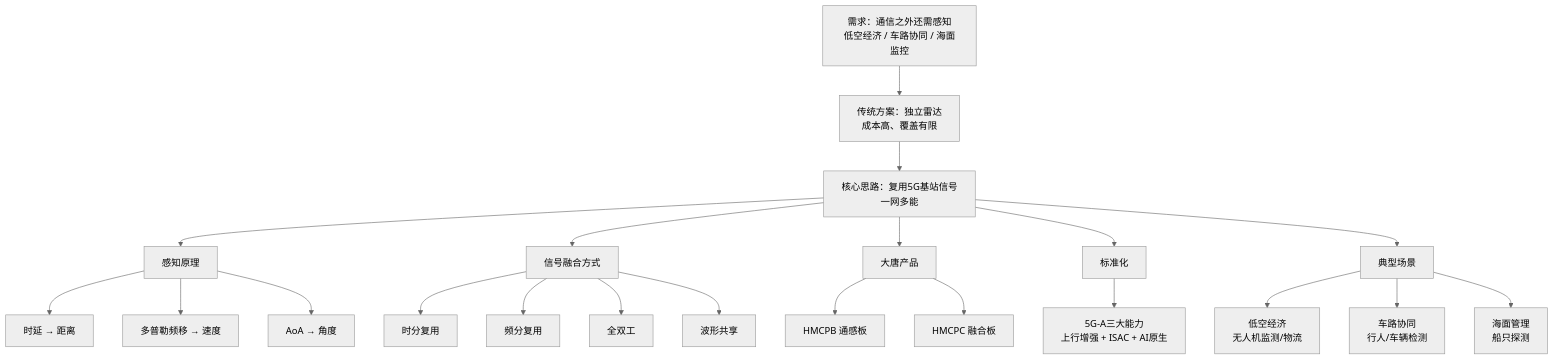
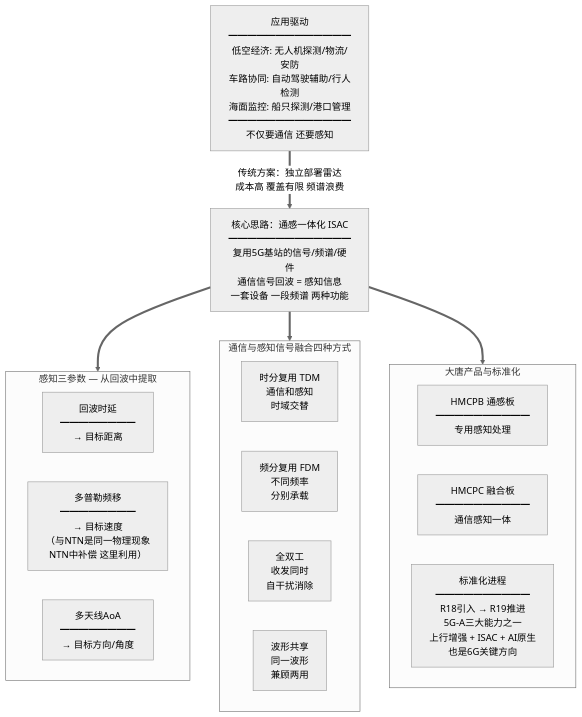
One commit to luckywangyi/dtcup-2026-prep changed the fourth of 6 diagrams in 课程笔记/00-逻辑导图与记忆手册.md. Above: the diagram before and after it, drawn with Mermaid (neutral theme). The commit also changed other lines of this file and 40 other files, not shown here.

````diff
--- a/课程笔记/00-逻辑导图与记忆手册.md
+++ b/课程笔记/00-逻辑导图与记忆手册.md
@@ -245,43 +268,34 @@
 ```mermaid
-graph TD
-  motivation["需求：通信之外还需感知<br/>低空经济 / 车路协同 / 海面监控"]
-  problem["传统方案：独立雷达<br/>成本高、覆盖有限"]
-  idea["核心思路：复用5G基站信号<br/>一网多能"]
-  principle["感知原理"]
-  dist["时延 → 距离"]
-  speed["多普勒频移 → 速度"]
-  angle["AoA → 角度"]
-  fusion["信号融合方式"]
-  tdm["时分复用"]
-  fdm["频分复用"]
-  fullduplex["全双工"]
-  waveform["波形共享"]
-  product["大唐产品"]
-  hmcpb["HMCPB 通感板"]
-  hmcpc["HMCPC 融合板"]
-  standard["标准化"]
-  fiveGA["5G-A三大能力<br/>上行增强 + ISAC + AI原生"]
-  scene["典型场景"]
-  uav["低空经济<br/>无人机监测/物流"]
-  vehicle["车路协同<br/>行人/车辆检测"]
-  sea["海面管理<br/>船只探测"]
+graph TB
+  motivation["应用驱动<br/>━━━━━━━━━━━━━<br/>低空经济: 无人机探测/物流/安防<br/>车路协同: 自动驾驶辅助/行人检测<br/>海面监控: 船只探测/港口管理<br/>━━━━━━━━━━━━━<br/>不仅要通信 还要感知"]
 
-  motivation --> problem --> idea
-  idea --> principle
-  principle --> dist
-  principle --> speed
-  principle --> angle
-  idea --> fusion
-  fusion --> tdm
-  fusion --> fdm
-  fusion --> fullduplex
-  fusion --> waveform
-  idea --> product
-  product --> hmcpb
-  product --> hmcpc
-  idea --> standard --> fiveGA
-  idea --> scene
-  scene --> uav
-  scene --> vehicle
-  scene --> sea
+  motivation ==>|"传统方案：独立部署雷达<br/>成本高 覆盖有限 频谱浪费"| idea
+
+  idea["核心思路：通感一体化 ISAC<br/>━━━━━━━━━━━━━<br/>复用5G基站的信号/频谱/硬件<br/>通信信号回波 = 感知信息<br/>一套设备 一段频谱 两种功能"]
+
+  subgraph principle [感知三参数 — 从回波中提取]
+    direction LR
+    dist["回波时延<br/>━━━━━━━━<br/>→ 目标距离"]
+    speed["多普勒频移<br/>━━━━━━━━<br/>→ 目标速度<br/>（与NTN是同一物理现象<br/>NTN中补偿 这里利用）"]
+    angle["多天线AoA<br/>━━━━━━━━<br/>→ 目标方向/角度"]
+  end
+
+  subgraph fusion [通信与感知信号融合四种方式]
+    direction LR
+    tdm["时分复用 TDM<br/>通信和感知<br/>时域交替"]
+    fdm["频分复用 FDM<br/>不同频率<br/>分别承载"]
+    fullduplex["全双工<br/>收发同时<br/>自干扰消除"]
+    waveform["波形共享<br/>同一波形<br/>兼顾两用"]
+  end
+
+  subgraph product [大唐产品与标准化]
+    direction LR
+    hmcpb["HMCPB 通感板<br/>━━━━━━━━━━<br/>专用感知处理"]
+    hmcpc["HMCPC 融合板<br/>━━━━━━━━━━<br/>通信感知一体"]
+    standard["标准化进程<br/>━━━━━━━━━━<br/>R18引入 → R19推进<br/>5G-A三大能力之一<br/>上行增强 + ISAC + AI原生<br/>也是6G关键方向"]
+  end
+
+  idea ==> principle
+  idea ==> fusion
+  idea ==> product
 ```
````
